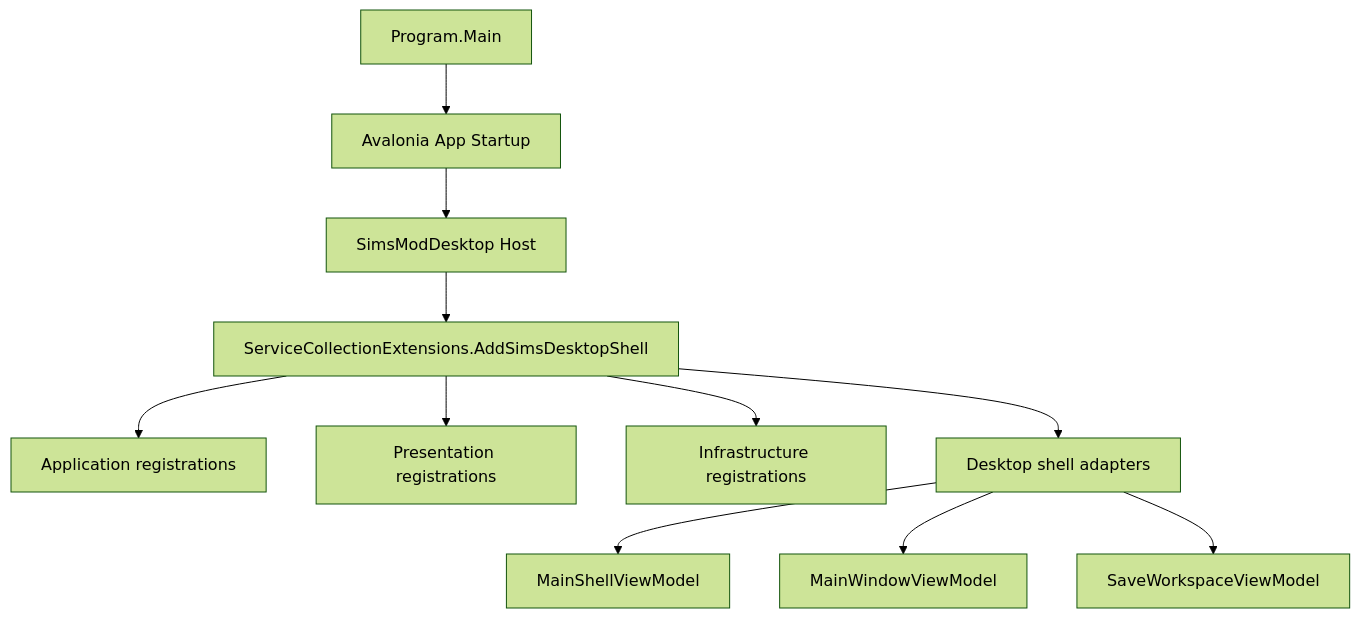
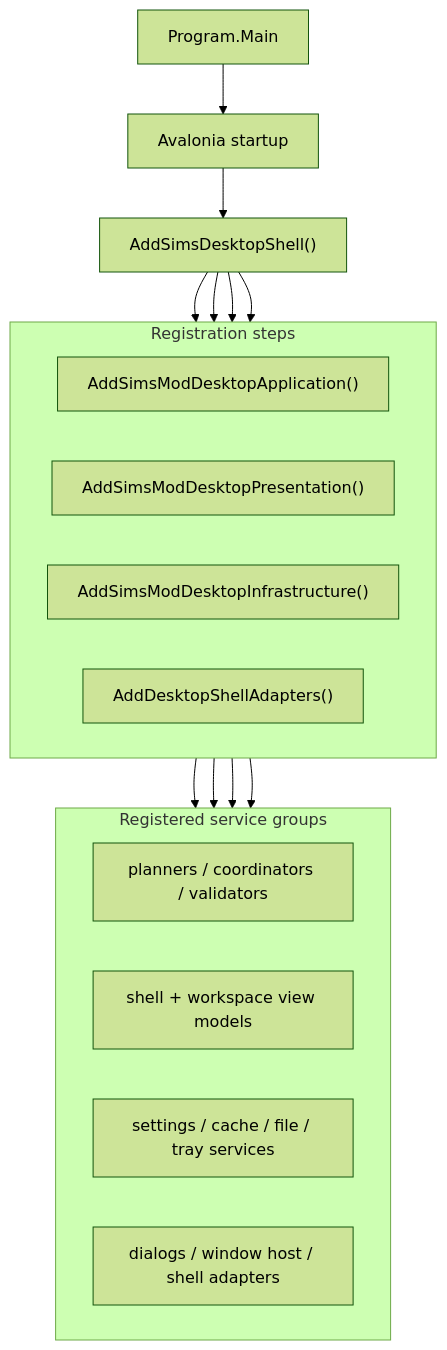
One commit to Azvf/SimsToolkit changed the second of 3 diagrams in src/SimsModDesktop/docs/ArchitectureOverview.md. Above: the diagram before and after it, drawn with Mermaid (forest theme). The commit also changed other lines of this file and 7 other files, not shown here.

Commit message:
docs: align architecture docs and simplify mermaid charts

````diff
--- a/src/SimsModDesktop/docs/ArchitectureOverview.md
+++ b/src/SimsModDesktop/docs/ArchitectureOverview.md
@@ -88,13 +138,26 @@
 ```mermaid
-graph TD
-    Program["Program.Main"] --> Avalonia["Avalonia App Startup"]
-    Avalonia --> Host["SimsModDesktop Host"]
-    Host --> Compose["ServiceCollectionExtensions.AddSimsDesktopShell"]
-    Compose --> App["Application registrations"]
-    Compose --> Pres["Presentation registrations"]
-    Compose --> Infra["Infrastructure registrations"]
-    Compose --> Shell["Desktop shell adapters"]
-    Shell --> MainShell["MainShellViewModel"]
-    Shell --> MainWindow["MainWindowViewModel"]
-    Shell --> Saves["SaveWorkspaceViewModel"]
+flowchart TB
+    Program["Program.Main"] --> Avalonia["Avalonia startup"]
+    Avalonia --> Compose["AddSimsDesktopShell()"]
+
+    subgraph Steps["Registration steps"]
+        direction LR
+        AppReg["AddSimsModDesktopApplication()"]
+        PresReg["AddSimsModDesktopPresentation()"]
+        InfraReg["AddSimsModDesktopInfrastructure()"]
+        ShellReg["AddDesktopShellAdapters()"]
+    end
+
+    subgraph Services["Registered service groups"]
+        direction LR
+        AppSvc["planners / coordinators / validators"]
+        PresSvc["shell + workspace view models"]
+        InfraSvc["settings / cache / file / tray services"]
+        ShellSvc["dialogs / window host / shell adapters"]
+    end
+
+    Compose --> AppReg --> AppSvc
+    Compose --> PresReg --> PresSvc
+    Compose --> InfraReg --> InfraSvc
+    Compose --> ShellReg --> ShellSvc
 ```
````
